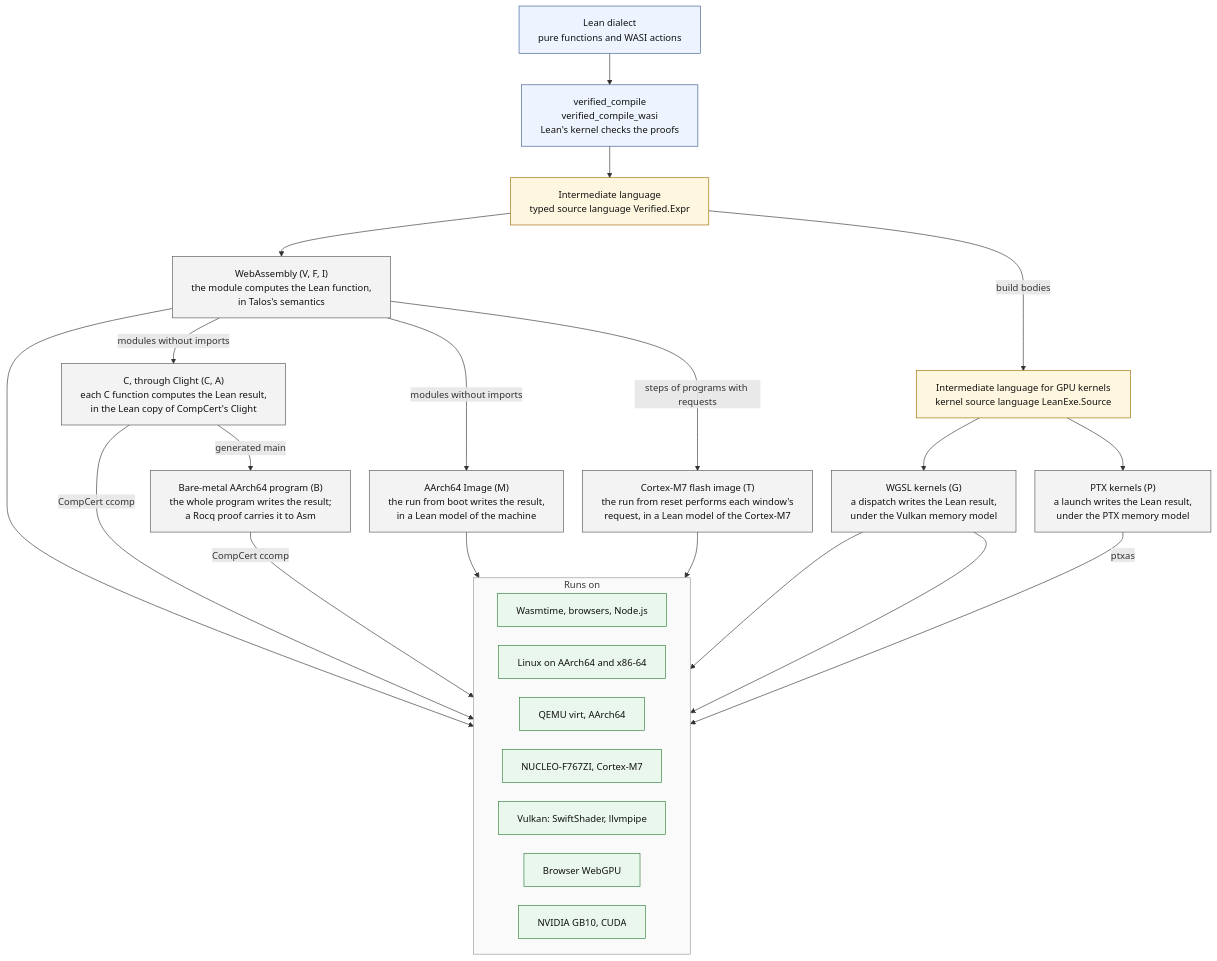
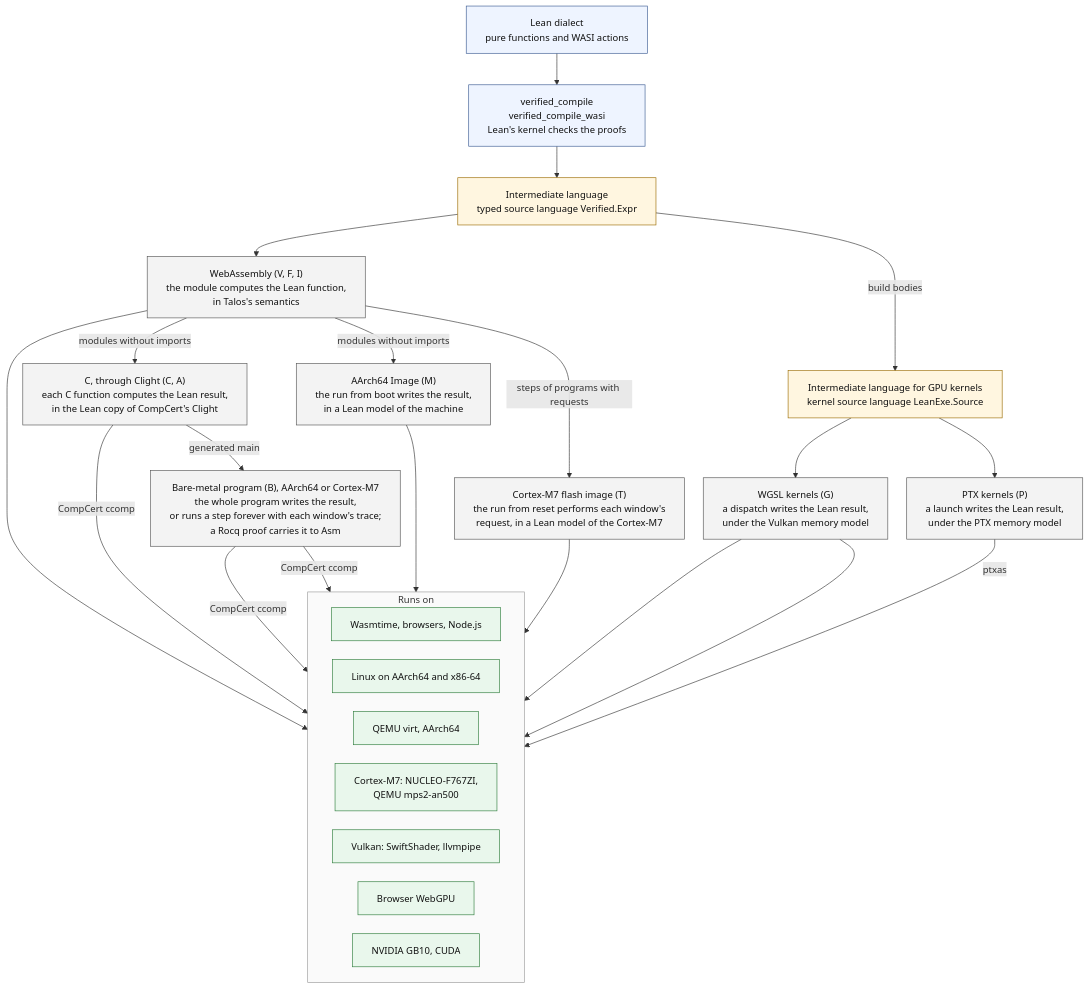
The diagram in docs/toolchain-summary.mmd (jsmorph/leanexe), drawn with Mermaid before and after one commit. The commit also changed 5 other files, not shown here.

```diff
--- a/docs/toolchain-summary.mmd
+++ b/docs/toolchain-summary.mmd
@@ -1,53 +1,55 @@
 %%{init: {"flowchart": {"htmlLabels": true, "curve": "basis", "nodeSpacing": 30, "rankSpacing": 50, "wrappingWidth": 340}, "themeVariables": {"fontSize": "15px", "clusterBkg": "#fafafa", "clusterBorder": "#999999"}}}%%
 flowchart TB
   SRC["Lean dialect<br/>pure functions and WASI actions"]
   REF["verified_compile<br/>verified_compile_wasi<br/>Lean's kernel checks the proofs"]
 
   EXPR["Intermediate language<br/>typed source language Verified.Expr"]
   KSRC["Intermediate language for GPU kernels<br/>kernel source language LeanExe.Source"]
 
   WASM["WebAssembly (V, F, I)<br/>the module computes the Lean function,<br/>in Talos's semantics"]
   C["C, through Clight (C, A)<br/>each C function computes the Lean result,<br/>in the Lean copy of CompCert's Clight"]
-  BARE["Bare-metal AArch64 program (B)<br/>the whole program writes the result;<br/>a Rocq proof carries it to Asm"]
+  BARE["Bare-metal program (B), AArch64 or Cortex-M7<br/>the whole program writes the result,<br/>or runs a step forever with each window's trace;<br/>a Rocq proof carries it to Asm"]
   A64["AArch64 Image (M)<br/>the run from boot writes the result,<br/>in a Lean model of the machine"]
   M7["Cortex-M7 flash image (T)<br/>the run from reset performs each window's<br/>request, in a Lean model of the Cortex-M7"]
   WGSL["WGSL kernels (G)<br/>a dispatch writes the Lean result,<br/>under the Vulkan memory model"]
   PTX["PTX kernels (P)<br/>a launch writes the Lean result,<br/>under the PTX memory model"]
 
   subgraph RUN["Runs on"]
     direction LR
     T1["Wasmtime, browsers, Node.js"]
     T2["Linux on AArch64 and x86-64"]
     T3["QEMU virt, AArch64"]
-    T7["NUCLEO-F767ZI, Cortex-M7"]
+    T7["Cortex-M7: NUCLEO-F767ZI,<br/>QEMU mps2-an500"]
     T4["Vulkan: SwiftShader, llvmpipe"]
     T6["Browser WebGPU"]
     T5["NVIDIA GB10, CUDA"]
   end
 
   SRC --> REF --> EXPR
   EXPR -- "build bodies" --> KSRC
   EXPR --> WASM
   WASM -- "modules without imports" --> C
   C -- "generated main" --> BARE
   WASM -- "modules without imports" --> A64
   KSRC --> WGSL
   KSRC --> PTX
   WASM --> T1
   C -- "CompCert ccomp" --> T2
   BARE -- "CompCert ccomp" --> T3
+  BARE -- "CompCert ccomp" --> T7
+  A64 ~~~ BARE
   A64 --> T3
   WASM -- "steps of programs with requests" --> M7
   M7 --> T7
   WGSL --> T4
   WGSL --> T6
   PTX -- "ptxas" --> T5
 
   classDef src fill:#eef4ff,stroke:#3b5b92,color:#111
   classDef ir fill:#fff6e0,stroke:#9a6b00,color:#111
   classDef back fill:#f3f3f3,stroke:#555,color:#111
   classDef run fill:#e9f7ec,stroke:#2e7d3c,color:#111
   class SRC,REF src
   class EXPR,KSRC ir
   class WASM,C,BARE,A64,M7,WGSL,PTX back
   class T1,T2,T3,T4,T5,T6,T7 run
```
